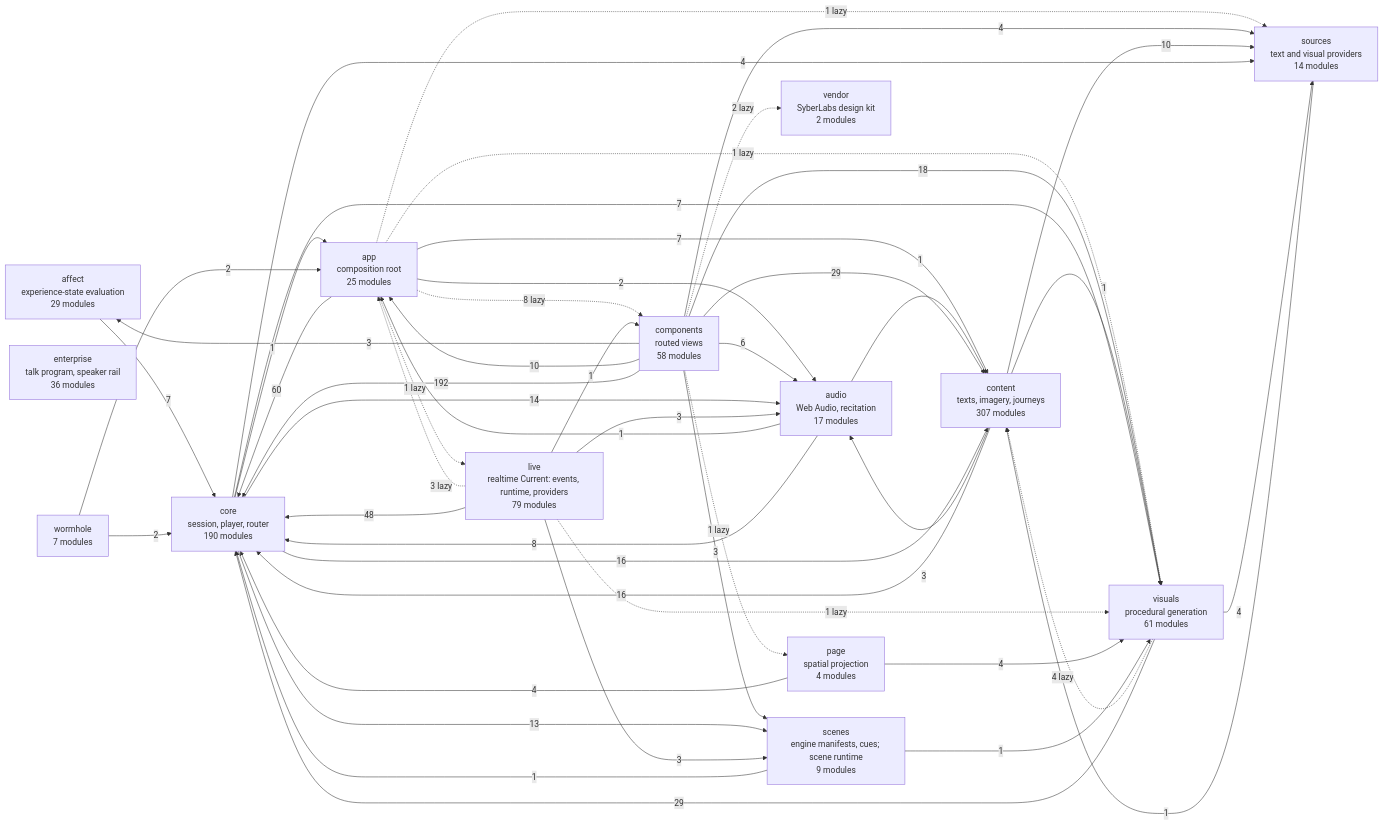
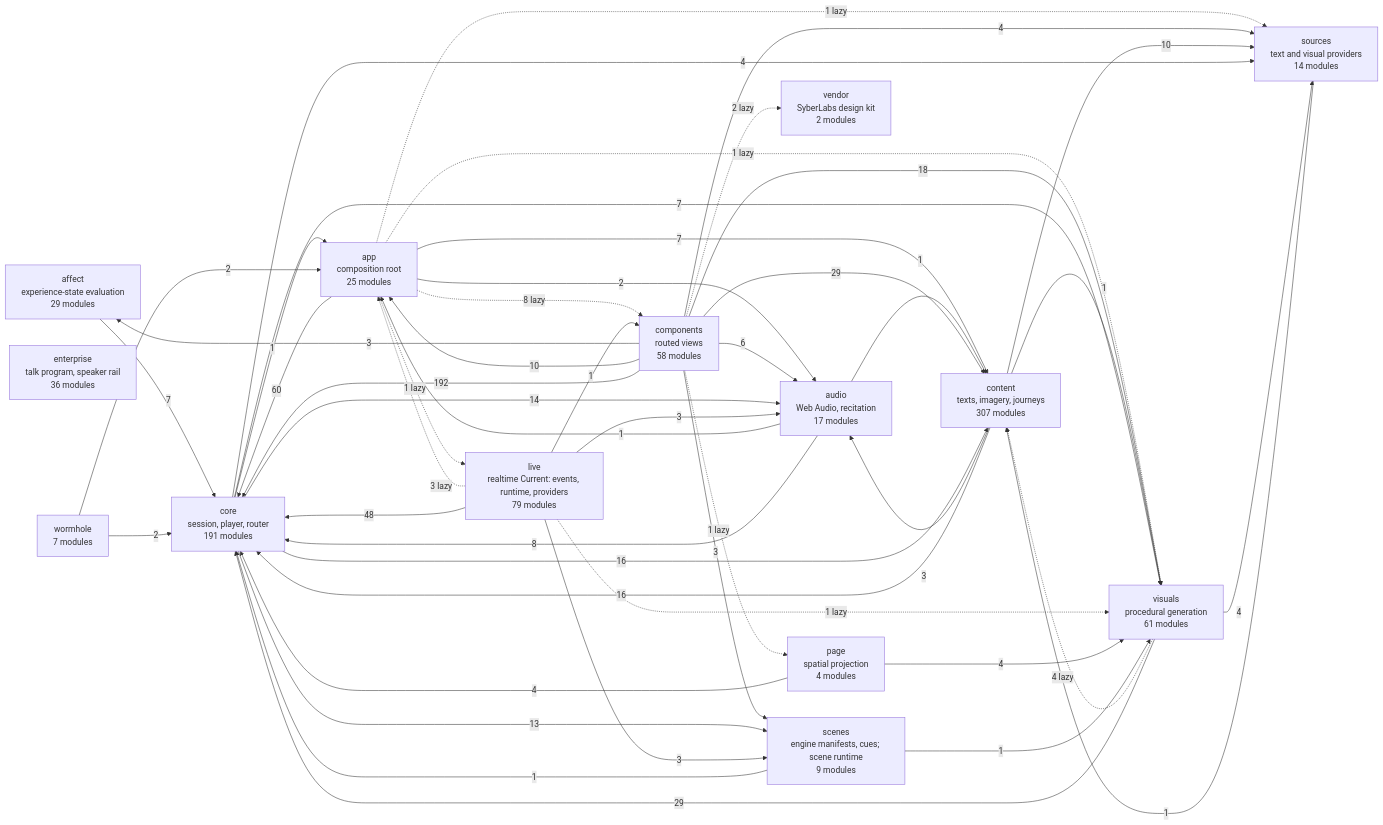
One commit to SyberLabs/RISE changed the diagram in docs/specs/ARCHITECTURE.md. Above: the diagram before and after it, drawn with Mermaid. The commit also changed 19 other files, not shown here.

First line of the commit message:
Figure kit: system reference cases held to goldens, a contact sheet command, and how to add a case

````diff
--- a/docs/specs/ARCHITECTURE.md
+++ b/docs/specs/ARCHITECTURE.md
@@ -161,65 +161,65 @@
 ```mermaid
 flowchart LR
     affect["affect<br/>experience-state evaluation<br/>29 modules"]
     app["app<br/>composition root<br/>25 modules"]
     audio["audio<br/>Web Audio, recitation<br/>17 modules"]
     components["components<br/>routed views<br/>58 modules"]
     content["content<br/>texts, imagery, journeys<br/>307 modules"]
-    core["core<br/>session, player, router<br/>190 modules"]
+    core["core<br/>session, player, router<br/>191 modules"]
     enterprise["enterprise<br/>talk program, speaker rail<br/>36 modules"]
     live["live<br/>realtime Current: events, runtime, providers<br/>79 modules"]
     page["page<br/>spatial projection<br/>4 modules"]
     scenes["scenes<br/>engine manifests, cues; scene runtime<br/>9 modules"]
     sources["sources<br/>text and visual providers<br/>14 modules"]
     vendor["vendor<br/>SyberLabs design kit<br/>2 modules"]
     visuals["visuals<br/>procedural generation<br/>61 modules"]
     wormhole["wormhole<br/>7 modules"]
 
     affect --> |7| core
     app --> |2| audio
     app -.-> |8 lazy| components
     app --> |7| content
     app --> |60| core
     app -.-> |1 lazy| live
     app -.-> |1 lazy| sources
     app -.-> |1 lazy| visuals
     audio --> |1| app
     audio --> |1| content
     audio --> |8| core
     components --> |3| affect
     components --> |10| app
     components --> |6| audio
     components --> |29| content
     components --> |192| core
     components -.-> |1 lazy| page
     components --> |3| scenes
     components --> |4| sources
     components -.-> |2 lazy| vendor
     components --> |18| visuals
     content --> |3| audio
     content --> |16| core
     content --> |10| sources
     content --> |1| visuals
     core --> |1| app
     core --> |14| audio
     core --> |16| content
     core --> |13| scenes
     core --> |4| sources
     core --> |7| visuals
     live -.-> |3 lazy| app
     live --> |3| audio
     live --> |1| components
     live --> |48| core
     live --> |3| scenes
     live -.-> |1 lazy| visuals
     page --> |4| core
     page --> |4| visuals
     scenes --> |1| core
     scenes --> |1| visuals
     sources --> |1| content
     visuals -.-> |4 lazy| content
     visuals --> |29| core
     visuals --> |4| sources
     wormhole --> |2| app
     wormhole --> |2| core
 ```
````
